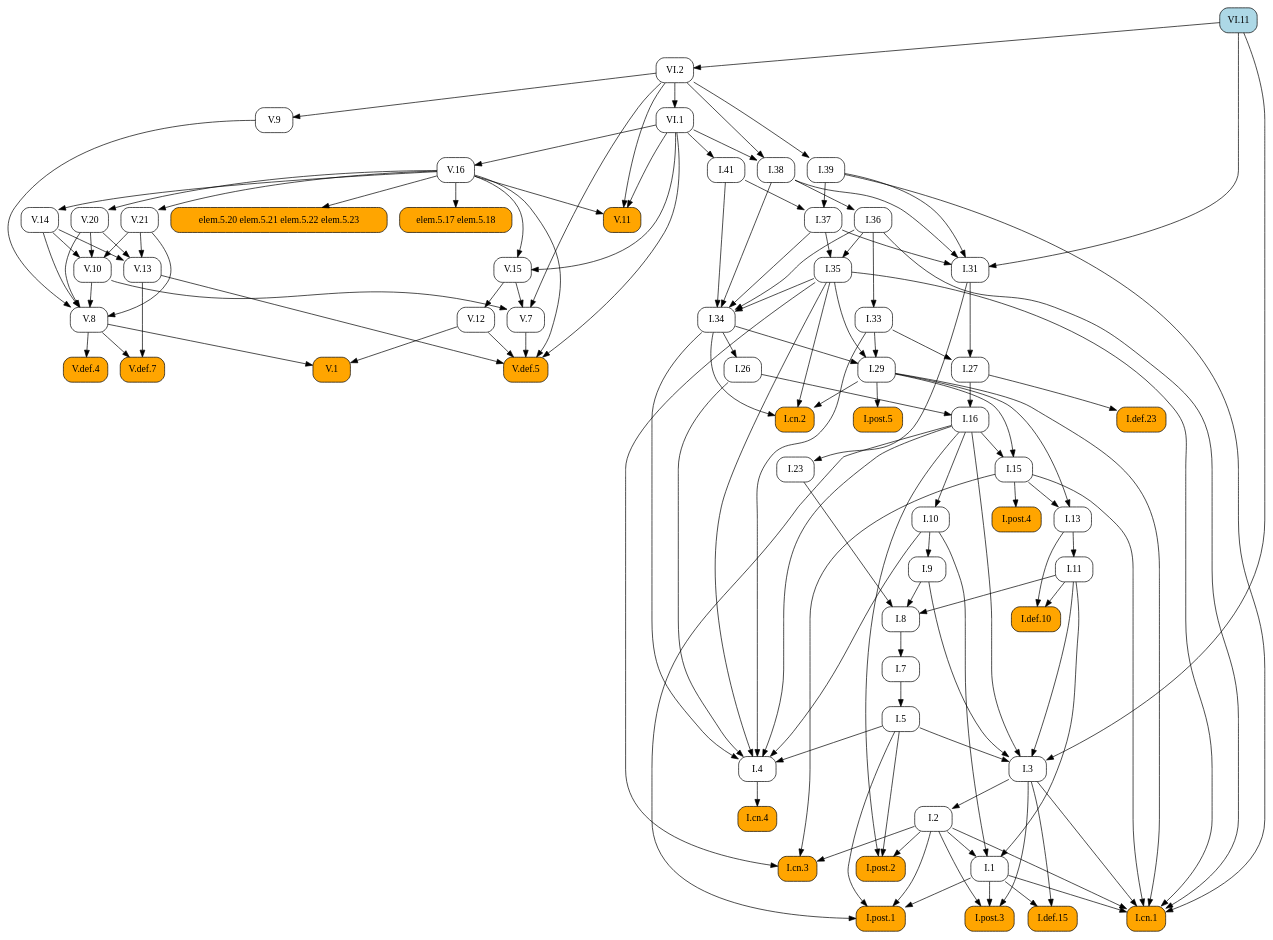
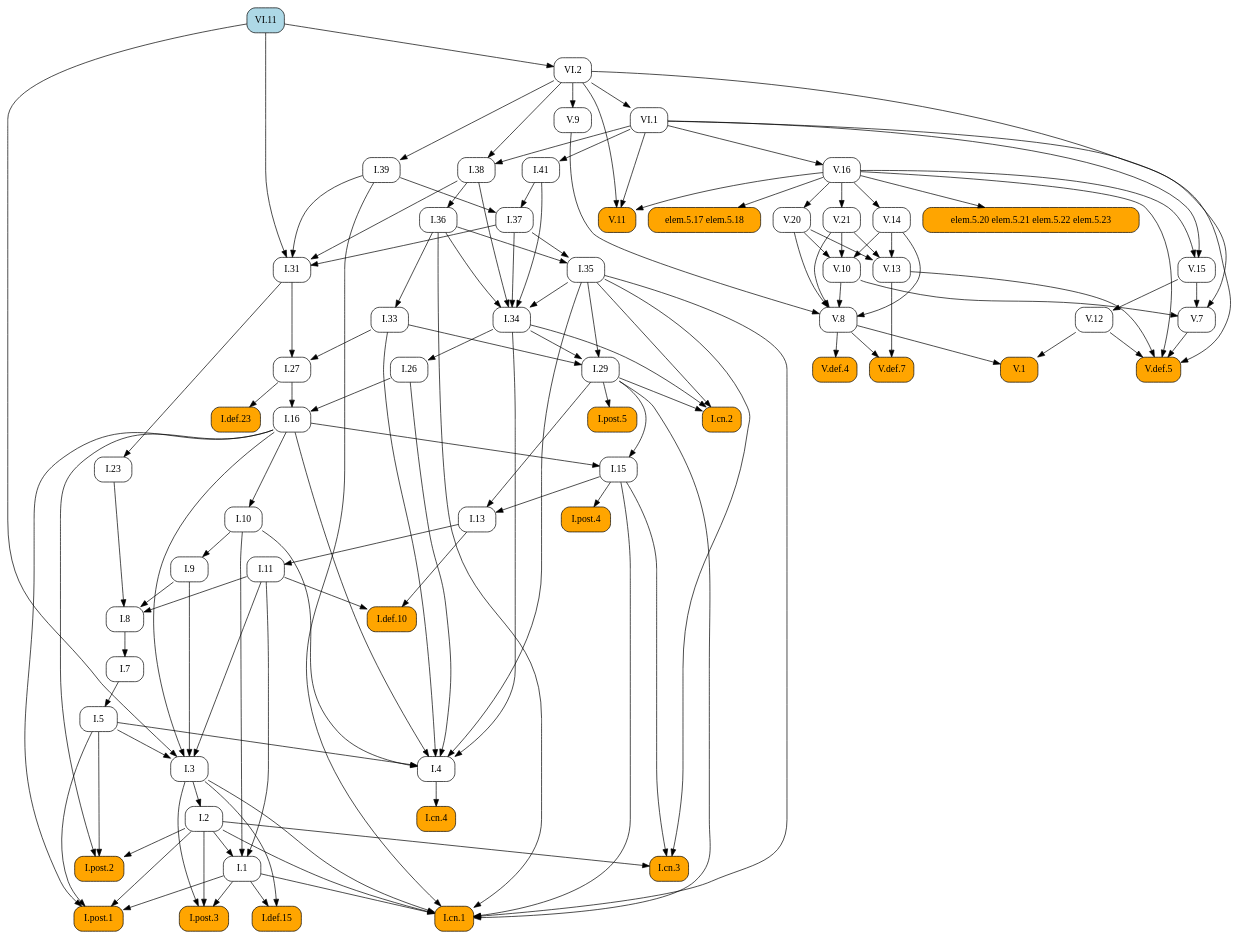
Before and after one commit to geometor/elements: the diagram in docsrc/heath/VI/11/index.rst, drawn with Graphviz. The commit also changed other lines of this file and 1029 other files, not shown here.

```diff
--- a/docsrc/heath/VI/11/index.rst
+++ b/docsrc/heath/VI/11/index.rst
@@ -36,180 +36,106 @@
    digraph {
      rankdir="TB";
      node [shape=box, style=rounded];
-     "V.1" [style="rounded,filled", fillcolor=orange, URL="/heath/V/1/", target="_top"];
-     "I.cn.3" [style="rounded,filled", fillcolor=orange, URL="/heath/I/cn.3/", target="_top"];
-     "I.7" [URL="/heath/I/7/", target="_top"];
+     "I.def.10" [style="rounded,filled", fillcolor=orange, URL="/heath/I/def.10/", target="_top"];
+     "I.11" [URL="/heath/I/11/", target="_top"];
+     "I.post.4" [style="rounded,filled", fillcolor=orange, URL="/heath/I/post.4/", target="_top"];
+     "I.1" [URL="/heath/I/1/", target="_top"];
+     "I.39" [URL="/heath/I/39/", target="_top"];
+     "I.26" [URL="/heath/I/26/", target="_top"];
+     "V.14" [URL="/heath/V/14/", target="_top"];
+     "V.def.5" [style="rounded,filled", fillcolor=orange, URL="/heath/V/def.5/", target="_top"];
      "I.29" [URL="/heath/I/29/", target="_top"];
-     "I.27" [URL="/heath/I/27/", target="_top"];
-     "I.38" [URL="/heath/I/38/", target="_top"];
-     "I.def.23" [style="rounded,filled", fillcolor=orange, URL="/heath/I/def.23/", target="_top"];
-     "V.15" [URL="/heath/V/15/", target="_top"];
-     "V.16" [URL="/heath/V/16/", target="_top"];
-     "I.34" [URL="/heath/I/34/", target="_top"];
+     "V.12" [URL="/heath/V/12/", target="_top"];
+     "I.cn.2" [style="rounded,filled", fillcolor=orange, URL="/heath/I/cn.2/", target="_top"];
      "V.20" [URL="/heath/V/20/", target="_top"];
-     "I.8" [URL="/heath/I/8/", target="_top"];
-     "I.9" [URL="/heath/I/9/", target="_top"];
-     "V.def.4" [style="rounded,filled", fillcolor=orange, URL="/heath/V/def.4/", target="_top"];
-     "V.21" [URL="/heath/V/21/", target="_top"];
-     "V.8" [URL="/heath/V/8/", target="_top"];
-     "I.post.4" [style="rounded,filled", fillcolor=orange, URL="/heath/I/post.4/", target="_top"];
-     "I.2" [URL="/heath/I/2/", target="_top"];
+     "V.10" [URL="/heath/V/10/", target="_top"];
+     "V.11" [style="rounded,filled", fillcolor=orange, URL="/heath/V/11/", target="_top"];
+     "VI.2" [URL="/heath/VI/2/", target="_top"];
+     "V.13" [URL="/heath/V/13/", target="_top"];
      "I.def.15" [style="rounded,filled", fillcolor=orange, URL="/heath/I/def.15/", target="_top"];
-     "V.7" [URL="/heath/V/7/", target="_top"];
-     "I.1" [URL="/heath/I/1/", target="_top"];
-     "VI.11" [style="rounded,filled", fillcolor=lightblue, URL="/heath/VI/11/", target="_top"];
-     "I.post.1" [style="rounded,filled", fillcolor=orange, URL="/heath/I/post.1/", target="_top"];
-     "V.13" [URL="/heath/V/13/", target="_top"];
-     "I.cn.4" [style="rounded,filled", fillcolor=orange, URL="/heath/I/cn.4/", target="_top"];
-     "I.26" [URL="/heath/I/26/", target="_top"];
-     "I.33" [URL="/heath/I/33/", target="_top"];
-     "VI.2" [URL="/heath/VI/2/", target="_top"];
-     "V.def.7" [style="rounded,filled", fillcolor=orange, URL="/heath/V/def.7/", target="_top"];
-     "I.39" [URL="/heath/I/39/", target="_top"];
-     "elem.5.20 elem.5.21 elem.5.22 elem.5.23" [style="rounded,filled", fillcolor=orange];
-     "I.23" [URL="/heath/I/23/", target="_top"];
-     "I.13" [URL="/heath/I/13/", target="_top"];
-     "I.cn.2" [style="rounded,filled", fillcolor=orange, URL="/heath/I/cn.2/", target="_top"];
-     "I.5" [URL="/heath/I/5/", target="_top"];
-     "I.11" [URL="/heath/I/11/", target="_top"];
-     "V.10" [URL="/heath/V/10/", target="_top"];
-     "V.def.5" [style="rounded,filled", fillcolor=orange, URL="/heath/V/def.5/", target="_top"];
-     "I.10" [URL="/heath/I/10/", target="_top"];
-     "I.4" [URL="/heath/I/4/", target="_top"];
-     "I.3" [URL="/heath/I/3/", target="_top"];
-     "I.16" [URL="/heath/I/16/", target="_top"];
-     "I.31" [URL="/heath/I/31/", target="_top"];
-     "I.def.10" [style="rounded,filled", fillcolor=orange, URL="/heath/I/def.10/", target="_top"];
-     "V.11" [style="rounded,filled", fillcolor=orange, URL="/heath/V/11/", target="_top"];
-     "I.post.2" [style="rounded,filled", fillcolor=orange, URL="/heath/I/post.2/", target="_top"];
      "I.post.3" [style="rounded,filled", fillcolor=orange, URL="/heath/I/post.3/", target="_top"];
      "VI.1" [URL="/heath/VI/1/", target="_top"];
+     "V.15" [URL="/heath/V/15/", target="_top"];
+     "I.cn.1" [style="rounded,filled", fillcolor=orange, URL="/heath/I/cn.1/", target="_top"];
+     "I.cn.3" [style="rounded,filled", fillcolor=orange, URL="/heath/I/cn.3/", target="_top"];
+     "V.7" [URL="/heath/V/7/", target="_top"];
      "V.9" [URL="/heath/V/9/", target="_top"];
-     "I.post.5" [style="rounded,filled", fillcolor=orange, URL="/heath/I/post.5/", target="_top"];
-     "elem.5.17 elem.5.18" [style="rounded,filled", fillcolor=orange];
+     "V.16" [URL="/heath/V/16/", target="_top"];
+     "VI.11" [style="rounded,filled", fillcolor=lightblue, URL="/heath/VI/11/", target="_top"];
+     "I.23" [URL="/heath/I/23/", target="_top"];
+     "I.post.1" [style="rounded,filled", fillcolor=orange, URL="/heath/I/post.1/", target="_top"];
+     "I.35" [URL="/heath/I/35/", target="_top"];
      "I.36" [URL="/heath/I/36/", target="_top"];
-     "I.35" [URL="/heath/I/35/", target="_top"];
-     "V.12" [URL="/heath/V/12/", target="_top"];
-     "I.15" [URL="/heath/I/15/", target="_top"];
-     "I.cn.1" [style="rounded,filled", fillcolor=orange, URL="/heath/I/cn.1/", target="_top"];
+     "I.27" [URL="/heath/I/27/", target="_top"];
+     "V.8" [URL="/heath/V/8/", target="_top"];
      "I.41" [URL="/heath/I/41/", target="_top"];
      "I.37" [URL="/heath/I/37/", target="_top"];
-     "V.14" [URL="/heath/V/14/", target="_top"];
-     "V.8" -> "V.1";
-     "V.12" -> "V.1";
-     "I.2" -> "I.cn.3";
-     "I.15" -> "I.cn.3";
-     "I.35" -> "I.cn.3";
-     "I.8" -> "I.7";
-     "I.33" -> "I.29";
-     "I.34" -> "I.29";
-     "I.35" -> "I.29";
-     "I.31" -> "I.27";
-     "I.33" -> "I.27";
-     "VI.1" -> "I.38";
-     "VI.2" -> "I.38";
-     "I.27" -> "I.def.23";
-     "V.16" -> "V.15";
-     "VI.1" -> "V.15";
-     "VI.1" -> "V.16";
-     "I.35" -> "I.34";
-     "I.36" -> "I.34";
-     "I.37" -> "I.34";
-     "I.38" -> "I.34";
-     "I.41" -> "I.34";
-     "V.16" -> "V.20";
-     "I.9" -> "I.8";
-     "I.11" -> "I.8";
-     "I.23" -> "I.8";
-     "I.10" -> "I.9";
-     "V.8" -> "V.def.4";
-     "V.16" -> "V.21";
-     "V.9" -> "V.8";
-     "V.10" -> "V.8";
-     "V.14" -> "V.8";
-     "V.20" -> "V.8";
-     "V.21" -> "V.8";
+     "I.34" [URL="/heath/I/34/", target="_top"];
+     "I.3" [URL="/heath/I/3/", target="_top"];
+     "I.7" [URL="/heath/I/7/", target="_top"];
+     "I.2" [URL="/heath/I/2/", target="_top"];
+     "I.def.23" [style="rounded,filled", fillcolor=orange, URL="/heath/I/def.23/", target="_top"];
+     "I.4" [URL="/heath/I/4/", target="_top"];
+     "I.13" [URL="/heath/I/13/", target="_top"];
+     "I.33" [URL="/heath/I/33/", target="_top"];
+     "I.post.2" [style="rounded,filled", fillcolor=orange, URL="/heath/I/post.2/", target="_top"];
+     "I.31" [URL="/heath/I/31/", target="_top"];
+     "V.1" [style="rounded,filled", fillcolor=orange, URL="/heath/V/1/", target="_top"];
+     "I.16" [URL="/heath/I/16/", target="_top"];
+     "elem.5.20 elem.5.21 elem.5.22 elem.5.23" [style="rounded,filled", fillcolor=orange];
+     "elem.5.17 elem.5.18" [style="rounded,filled", fillcolor=orange];
+     "I.9" [URL="/heath/I/9/", target="_top"];
+     "I.8" [URL="/heath/I/8/", target="_top"];
+     "V.def.4" [style="rounded,filled", fillcolor=orange, URL="/heath/V/def.4/", target="_top"];
+     "I.cn.4" [style="rounded,filled", fillcolor=orange, URL="/heath/I/cn.4/", target="_top"];
+     "I.15" [URL="/heath/I/15/", target="_top"];
+     "I.post.5" [style="rounded,filled", fillcolor=orange, URL="/heath/I/post.5/", target="_top"];
+     "I.38" [URL="/heath/I/38/", target="_top"];
+     "V.def.7" [style="rounded,filled", fillcolor=orange, URL="/heath/V/def.7/", target="_top"];
+     "I.10" [URL="/heath/I/10/", target="_top"];
+     "I.5" [URL="/heath/I/5/", target="_top"];
+     "V.21" [URL="/heath/V/21/", target="_top"];
+     "I.11" -> "I.def.10";
+     "I.13" -> "I.def.10";
+     "I.13" -> "I.11";
      "I.15" -> "I.post.4";
-     "I.3" -> "I.2";
-     "I.1" -> "I.def.15";
-     "I.3" -> "I.def.15";
-     "V.10" -> "V.7";
-     "V.15" -> "V.7";
-     "VI.2" -> "V.7";
      "I.2" -> "I.1";
      "I.10" -> "I.1";
      "I.11" -> "I.1";
-     "I.1" -> "I.post.1";
-     "I.2" -> "I.post.1";
-     "I.5" -> "I.post.1";
-     "I.16" -> "I.post.1";
-     "V.14" -> "V.13";
-     "V.20" -> "V.13";
-     "V.21" -> "V.13";
-     "I.4" -> "I.cn.4";
+     "VI.2" -> "I.39";
      "I.34" -> "I.26";
-     "I.36" -> "I.33";
-     "VI.11" -> "VI.2";
-     "V.8" -> "V.def.7";
-     "V.13" -> "V.def.7";
-     "VI.2" -> "I.39";
-     "V.16" -> "elem.5.20 elem.5.21 elem.5.22 elem.5.23";
-     "I.31" -> "I.23";
-     "I.15" -> "I.13";
-     "I.29" -> "I.13";
-     "I.29" -> "I.cn.2";
-     "I.34" -> "I.cn.2";
-     "I.35" -> "I.cn.2";
-     "I.7" -> "I.5";
-     "I.13" -> "I.11";
-     "V.14" -> "V.10";
-     "V.20" -> "V.10";
-     "V.21" -> "V.10";
+     "V.16" -> "V.14";
      "V.7" -> "V.def.5";
      "V.12" -> "V.def.5";
      "V.13" -> "V.def.5";
      "V.16" -> "V.def.5";
      "VI.1" -> "V.def.5";
-     "I.16" -> "I.10";
-     "I.5" -> "I.4";
-     "I.10" -> "I.4";
-     "I.16" -> "I.4";
-     "I.26" -> "I.4";
-     "I.33" -> "I.4";
-     "I.34" -> "I.4";
-     "I.35" -> "I.4";
-     "I.5" -> "I.3";
-     "I.9" -> "I.3";
-     "I.11" -> "I.3";
-     "I.16" -> "I.3";
-     "VI.11" -> "I.3";
-     "I.26" -> "I.16";
-     "I.27" -> "I.16";
-     "I.37" -> "I.31";
-     "I.38" -> "I.31";
-     "I.39" -> "I.31";
-     "VI.11" -> "I.31";
-     "I.11" -> "I.def.10";
-     "I.13" -> "I.def.10";
+     "I.33" -> "I.29";
+     "I.34" -> "I.29";
+     "I.35" -> "I.29";
+     "V.15" -> "V.12";
+     "I.29" -> "I.cn.2";
+     "I.34" -> "I.cn.2";
+     "I.35" -> "I.cn.2";
+     "V.16" -> "V.20";
+     "V.14" -> "V.10";
+     "V.20" -> "V.10";
+     "V.21" -> "V.10";
      "V.16" -> "V.11";
      "VI.1" -> "V.11";
      "VI.2" -> "V.11";
-     "I.2" -> "I.post.2";
-     "I.5" -> "I.post.2";
-     "I.16" -> "I.post.2";
+     "VI.11" -> "VI.2";
+     "V.14" -> "V.13";
+     "V.20" -> "V.13";
+     "V.21" -> "V.13";
+     "I.1" -> "I.def.15";
+     "I.3" -> "I.def.15";
      "I.1" -> "I.post.3";
      "I.2" -> "I.post.3";
      "I.3" -> "I.post.3";
      "VI.2" -> "VI.1";
-     "VI.2" -> "V.9";
-     "I.29" -> "I.post.5";
-     "V.16" -> "elem.5.17 elem.5.18";
-     "I.38" -> "I.36";
-     "I.36" -> "I.35";
-     "I.37" -> "I.35";
-     "V.15" -> "V.12";
-     "I.16" -> "I.15";
-     "I.29" -> "I.15";
+     "V.16" -> "V.15";
+     "VI.1" -> "V.15";
      "I.1" -> "I.cn.1";
      "I.2" -> "I.cn.1";
      "I.3" -> "I.cn.1";
@@ -218,8 +144,82 @@
      "I.35" -> "I.cn.1";
      "I.36" -> "I.cn.1";
      "I.39" -> "I.cn.1";
+     "I.2" -> "I.cn.3";
+     "I.15" -> "I.cn.3";
+     "I.35" -> "I.cn.3";
+     "V.10" -> "V.7";
+     "V.15" -> "V.7";
+     "VI.2" -> "V.7";
+     "VI.2" -> "V.9";
+     "VI.1" -> "V.16";
+     "I.31" -> "I.23";
+     "I.1" -> "I.post.1";
+     "I.2" -> "I.post.1";
+     "I.5" -> "I.post.1";
+     "I.16" -> "I.post.1";
+     "I.36" -> "I.35";
+     "I.37" -> "I.35";
+     "I.38" -> "I.36";
+     "I.31" -> "I.27";
+     "I.33" -> "I.27";
+     "V.9" -> "V.8";
+     "V.10" -> "V.8";
+     "V.14" -> "V.8";
+     "V.20" -> "V.8";
+     "V.21" -> "V.8";
      "VI.1" -> "I.41";
      "I.39" -> "I.37";
      "I.41" -> "I.37";
-     "V.16" -> "V.14";
+     "I.35" -> "I.34";
+     "I.36" -> "I.34";
+     "I.37" -> "I.34";
+     "I.38" -> "I.34";
+     "I.41" -> "I.34";
+     "I.5" -> "I.3";
+     "I.9" -> "I.3";
+     "I.11" -> "I.3";
+     "I.16" -> "I.3";
+     "VI.11" -> "I.3";
+     "I.8" -> "I.7";
+     "I.3" -> "I.2";
+     "I.27" -> "I.def.23";
+     "I.5" -> "I.4";
+     "I.10" -> "I.4";
+     "I.16" -> "I.4";
+     "I.26" -> "I.4";
+     "I.33" -> "I.4";
+     "I.34" -> "I.4";
+     "I.35" -> "I.4";
+     "I.15" -> "I.13";
+     "I.29" -> "I.13";
+     "I.36" -> "I.33";
+     "I.2" -> "I.post.2";
+     "I.5" -> "I.post.2";
+     "I.16" -> "I.post.2";
+     "I.37" -> "I.31";
+     "I.38" -> "I.31";
+     "I.39" -> "I.31";
+     "VI.11" -> "I.31";
+     "V.8" -> "V.1";
+     "V.12" -> "V.1";
+     "I.26" -> "I.16";
+     "I.27" -> "I.16";
+     "V.16" -> "elem.5.20 elem.5.21 elem.5.22 elem.5.23";
+     "V.16" -> "elem.5.17 elem.5.18";
+     "I.10" -> "I.9";
+     "I.9" -> "I.8";
+     "I.11" -> "I.8";
+     "I.23" -> "I.8";
+     "V.8" -> "V.def.4";
+     "I.4" -> "I.cn.4";
+     "I.16" -> "I.15";
+     "I.29" -> "I.15";
+     "I.29" -> "I.post.5";
+     "VI.1" -> "I.38";
+     "VI.2" -> "I.38";
+     "V.8" -> "V.def.7";
+     "V.13" -> "V.def.7";
+     "I.16" -> "I.10";
+     "I.7" -> "I.5";
+     "V.16" -> "V.21";
    }
```
